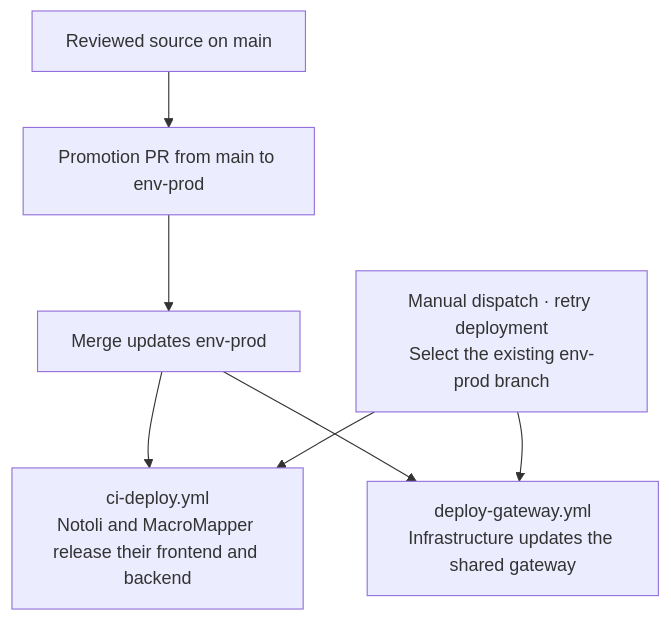
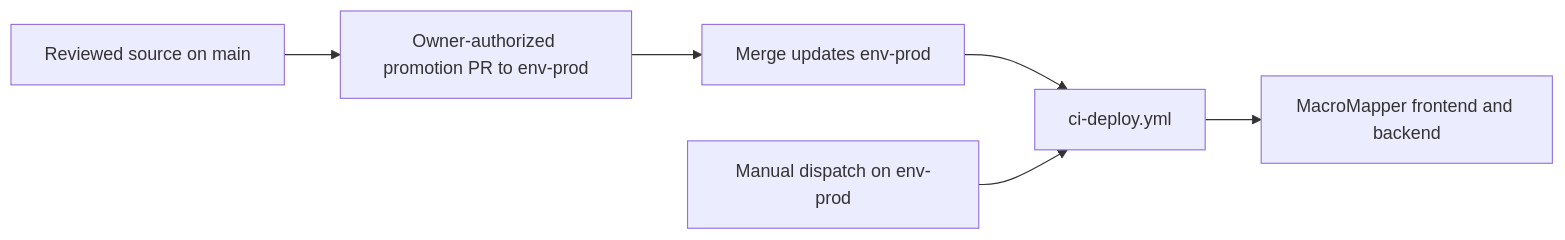
One commit to VanillaIceCube/MacroMapper changed the fourth of 4 diagrams in .github/workflows/README.md. Above: the diagram before and after it, drawn with Mermaid. The commit also changed other lines of this file and 116 other files, not shown here.

````diff
--- a/.github/workflows/README.md
+++ b/.github/workflows/README.md
@@ -670,11 +93,8 @@
 ```mermaid
-flowchart TD
-    MAIN["Reviewed source on main"]
-    PROMOTE["Promotion PR from main to env-prod"]
-    PUSH["Merge updates env-prod"]
-    MANUAL["Manual dispatch · retry deployment<br/>Select the existing env-prod branch"]
-    APP["ci-deploy.yml<br/>Notoli and MacroMapper release their frontend and backend"]
-    INFRA["deploy-gateway.yml<br/>Infrastructure updates the shared gateway"]
-    MAIN --> PROMOTE --> PUSH
-    PUSH & MANUAL --> APP & INFRA
+flowchart LR
+    MAIN["Reviewed source on main"] --> PR["Owner-authorized promotion PR to env-prod"]
+    PR --> PUSH["Merge updates env-prod"]
+    PUSH --> DEPLOY["ci-deploy.yml"]
+    RETRY["Manual dispatch on env-prod"] --> DEPLOY
+    DEPLOY --> TARGET["MacroMapper frontend and backend"]
 ```
````
